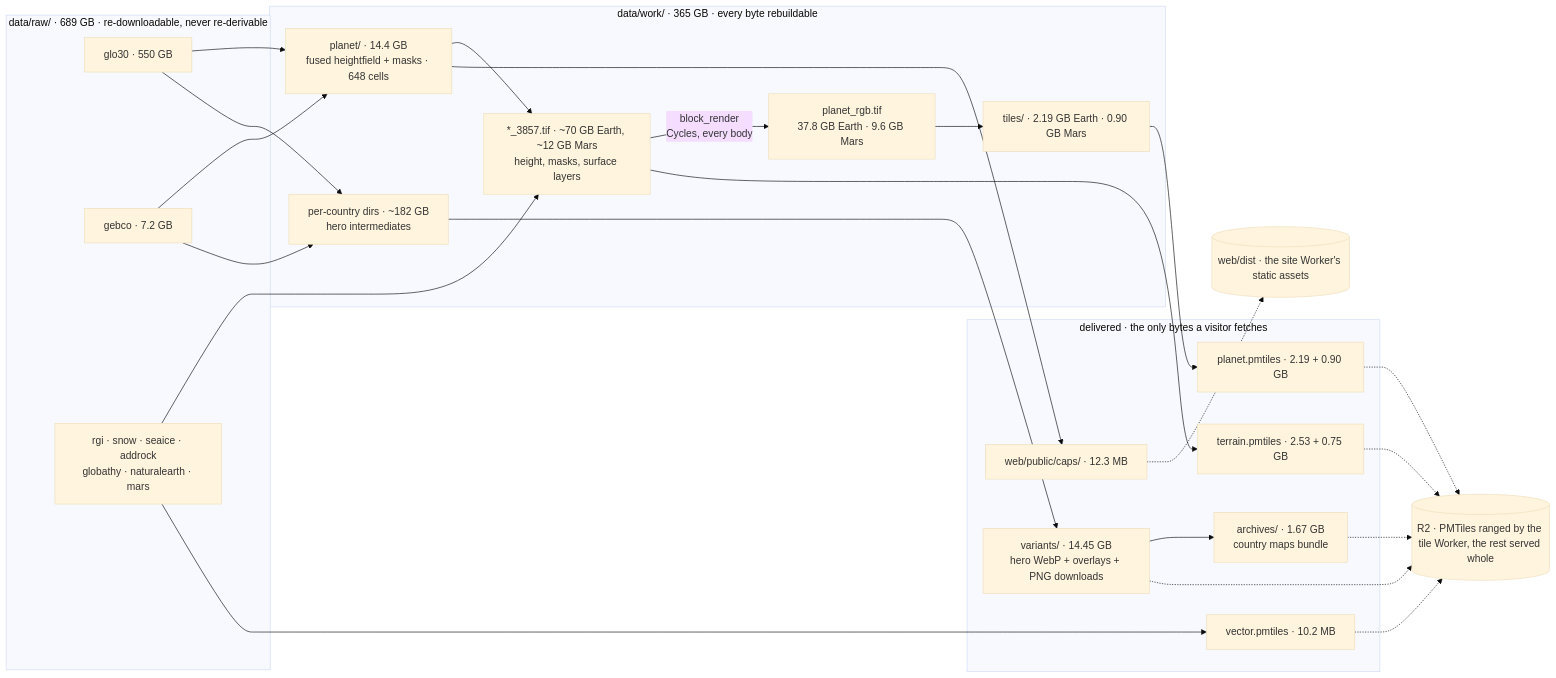
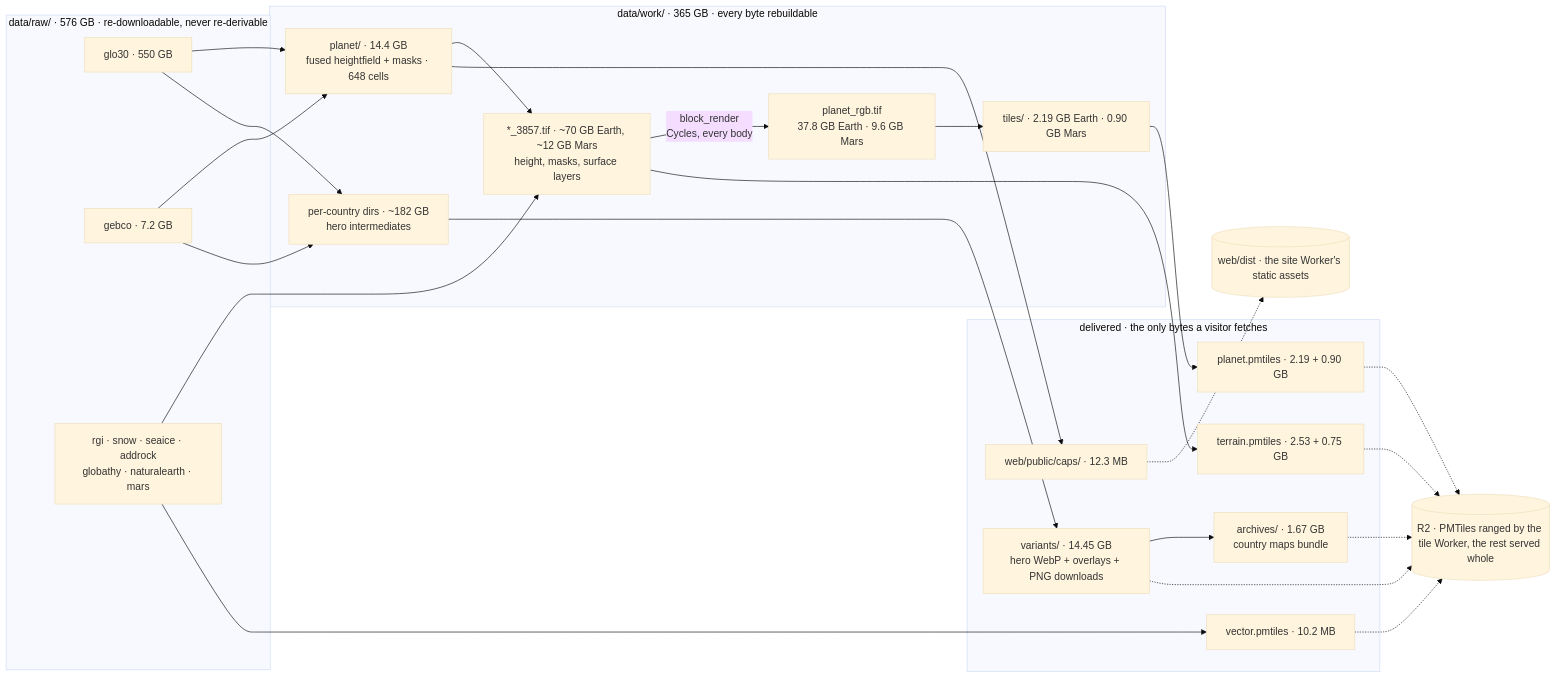
Before and after one commit to Alchez/terrella: the diagram in docs/INVENTORY.md, drawn with Mermaid (base theme). The commit also changed other lines of this file and 87 other files, not shown here.

````diff
--- a/docs/INVENTORY.md
+++ b/docs/INVENTORY.md
@@ -32,46 +32,46 @@
 ```mermaid
 flowchart LR
-  subgraph SRC["data/raw/ · 689 GB · re-downloadable, never re-derivable"]
+  subgraph SRC["data/raw/ · 576 GB · re-downloadable, never re-derivable"]
     GLO["glo30 · 550 GB"]
     GEB["gebco · 7.2 GB"]
     LAY["rgi · snow · seaice · addrock<br/>globathy · naturalearth · mars"]
   end
 
   subgraph MID["data/work/ · 365 GB · every byte rebuildable"]
     FUSE["planet/ · 14.4 GB<br/>fused heightfield + masks · 648 cells"]
     W["*_3857.tif · ~70 GB Earth, ~12 GB Mars<br/>height, masks, surface layers"]
     RGB["planet_rgb.tif<br/>37.8 GB Earth · 9.6 GB Mars"]
     PYR["tiles/ · 2.19 GB Earth · 0.90 GB Mars"]
     CTRY["per-country dirs · ~182 GB<br/>hero intermediates"]
   end
 
   subgraph OUT["delivered · the only bytes a visitor fetches"]
     PM["planet.pmtiles · 2.19 + 0.90 GB"]
     TER["terrain.pmtiles · 2.53 + 0.75 GB"]
     VEC["vector.pmtiles · 10.2 MB"]
     CAP["web/public/caps/ · 12.3 MB"]
     HERO["variants/ · 14.45 GB<br/>hero WebP + overlays + PNG downloads"]
     BUN["archives/ · 1.67 GB<br/>country maps bundle"]
   end
 
   GLO --> FUSE
   GEB --> FUSE
   FUSE --> W
   LAY --> W
   W -->|"block_render<br/>Cycles, every body"| RGB
   RGB --> PYR
   PYR --> PM
   W --> TER
   FUSE --> CAP
   LAY --> VEC
   GLO --> CTRY
   GEB --> CTRY
   CTRY --> HERO
   HERO --> BUN
   PM -.-> R2[("R2 · PMTiles ranged by the tile Worker, the rest served whole")]
   TER -.-> R2
   VEC -.-> R2
   HERO -.-> R2
   BUN -.-> R2
   CAP -.-> SITE[("web/dist · the site Worker's static assets")]
 ```
````
